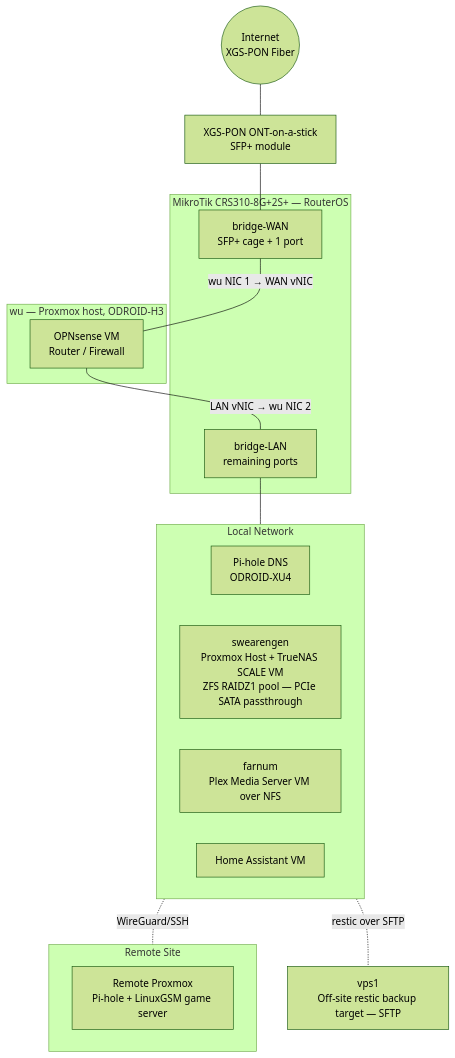
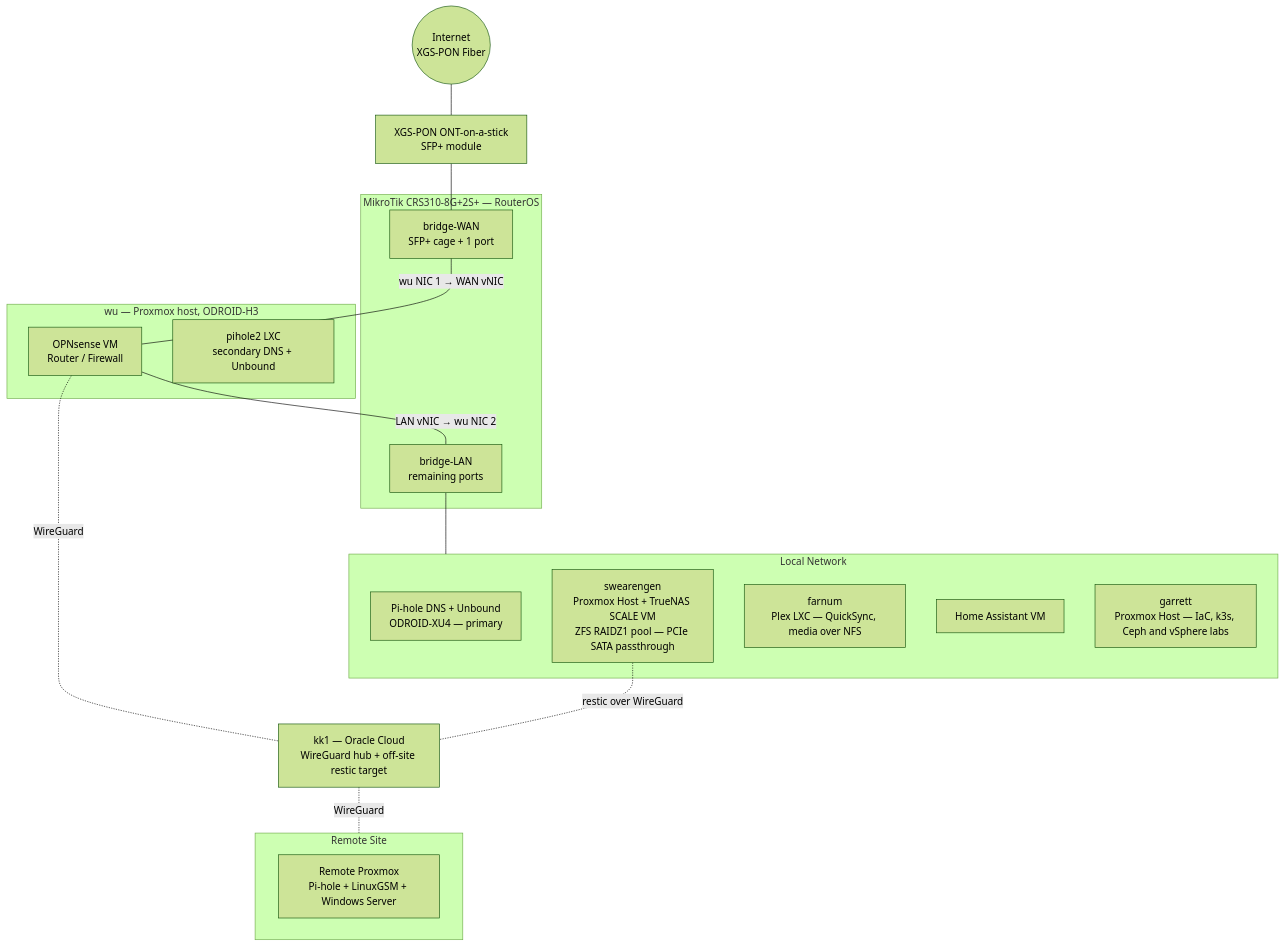
Before and after one commit to greenbeanorg/greenbeanorg: the diagram in README.md, drawn with Mermaid (forest theme). The commit also changed other lines of this file, not shown here.

Commit message:
Profile: four hosts; current diagram; IaC (live), Ceph, cluster design, DNS, WireGuard, NUT, restic; Up next section

````diff
--- a/README.md
+++ b/README.md
@@ -17,34 +17,37 @@
 ```mermaid
 flowchart TB
     INET((Internet<br/>XGS-PON Fiber))
     ONT[XGS-PON ONT-on-a-stick<br/>SFP+ module]
 
     subgraph SW [MikroTik CRS310-8G+2S+ — RouterOS]
         BW[bridge-WAN<br/>SFP+ cage + 1 port]
         BL[bridge-LAN<br/>remaining ports]
     end
 
     subgraph WU [wu — Proxmox host, ODROID-H3]
         FW[OPNsense VM<br/>Router / Firewall]
+        PH2[pihole2 LXC<br/>secondary DNS + Unbound]
     end
 
     subgraph LAN [Local Network]
-        PH[Pi-hole DNS<br/>ODROID-XU4]
+        PH[Pi-hole DNS + Unbound<br/>ODROID-XU4 — primary]
         SW1[swearengen<br/>Proxmox Host + TrueNAS SCALE VM<br/>ZFS RAIDZ1 pool — PCIe SATA passthrough]
-        FARN[farnum<br/>Plex Media Server VM over NFS]
+        FARN[farnum<br/>Plex LXC — QuickSync, media over NFS]
         HA[Home Assistant VM]
+        GAR[garrett<br/>Proxmox Host — IaC, k3s, Ceph and vSphere labs]
     end
 
     subgraph REMOTE [Remote Site]
-        RPX[Remote Proxmox<br/>Pi-hole + LinuxGSM game server]
+        RPX[Remote Proxmox<br/>Pi-hole + LinuxGSM + Windows Server]
     end
 
-    VPS[vps1<br/>Off-site restic backup target — SFTP]
+    KK1[kk1 — Oracle Cloud<br/>WireGuard hub + off-site restic target]
 
     INET --- ONT --- BW
     BW ---|"wu NIC 1 → WAN vNIC"| FW
     FW ---|"LAN vNIC → wu NIC 2"| BL
     BL --- LAN
-    LAN -. WireGuard/SSH .- REMOTE
-    LAN -. restic over SFTP .- VPS
+    FW -. WireGuard .- KK1
+    KK1 -. WireGuard .- REMOTE
+    SW1 -. restic over WireGuard .- KK1
 ```
````
